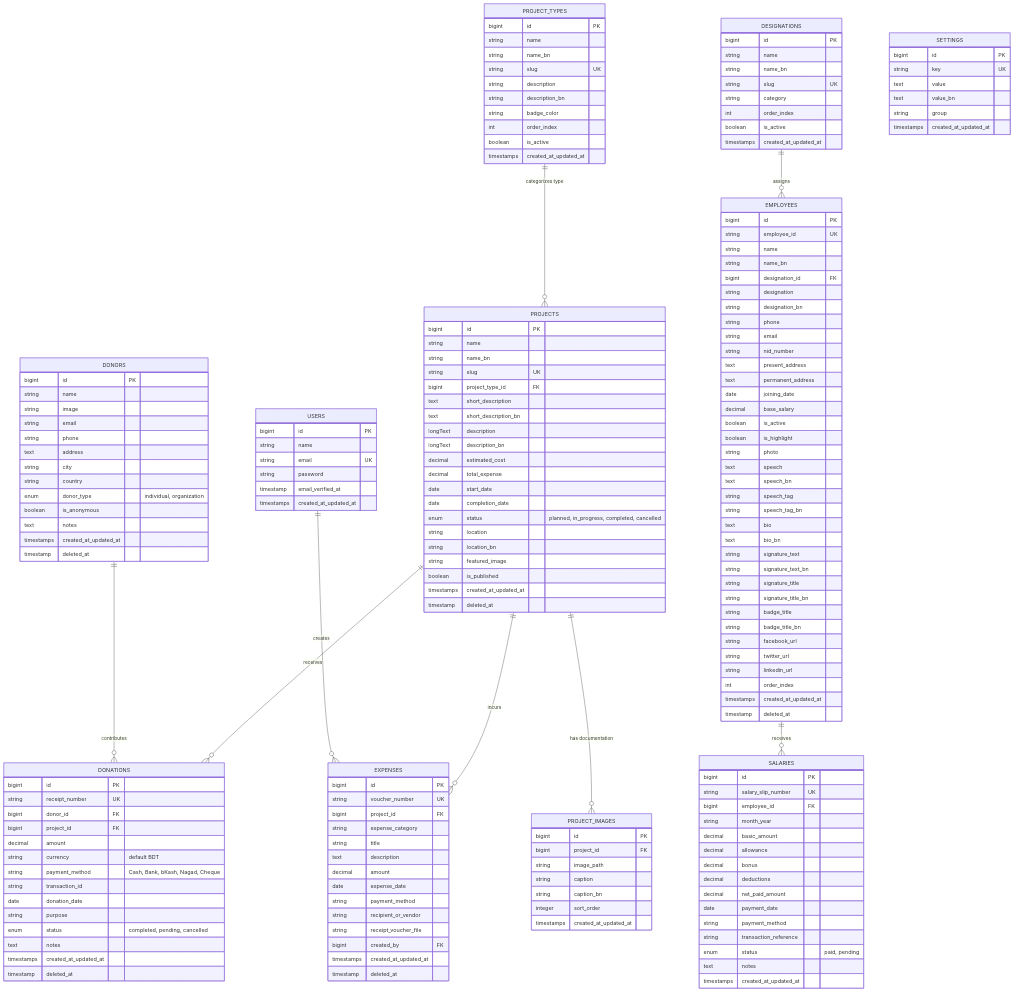
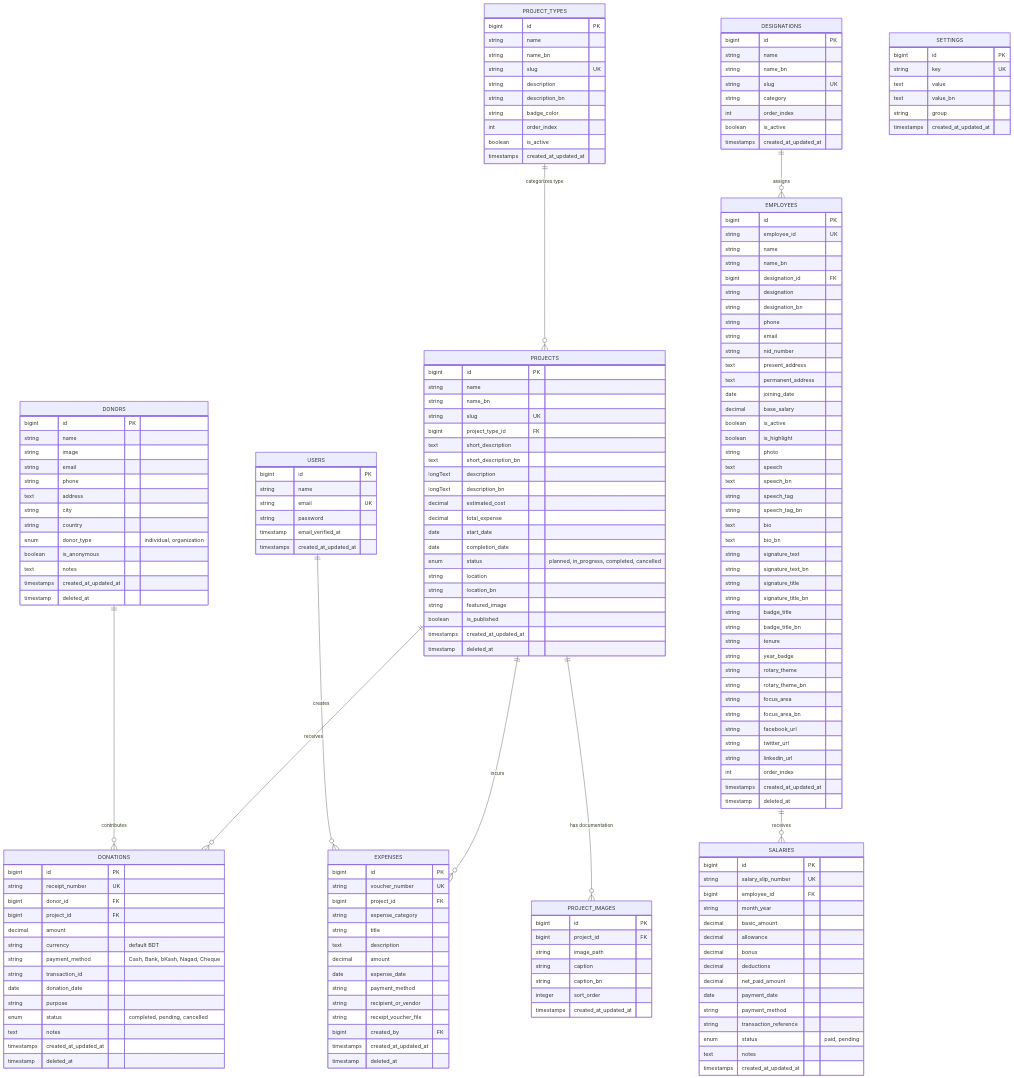
One commit to sazal-inceptia/shanti-nagar-foundation changed the diagram in docs/database_design.md. Above: the diagram before and after it, drawn with Mermaid. The commit also changed 11 other files, not shown here.

```diff
--- a/docs/database_design.md
+++ b/docs/database_design.md
@@ -164,6 +164,12 @@
         string signature_title_bn
         string badge_title
         string badge_title_bn
+        string tenure
+        string year_badge
+        string rotary_theme
+        string rotary_theme_bn
+        string focus_area
+        string focus_area_bn
         string facebook_url
         string twitter_url
         string linkedin_url
```
